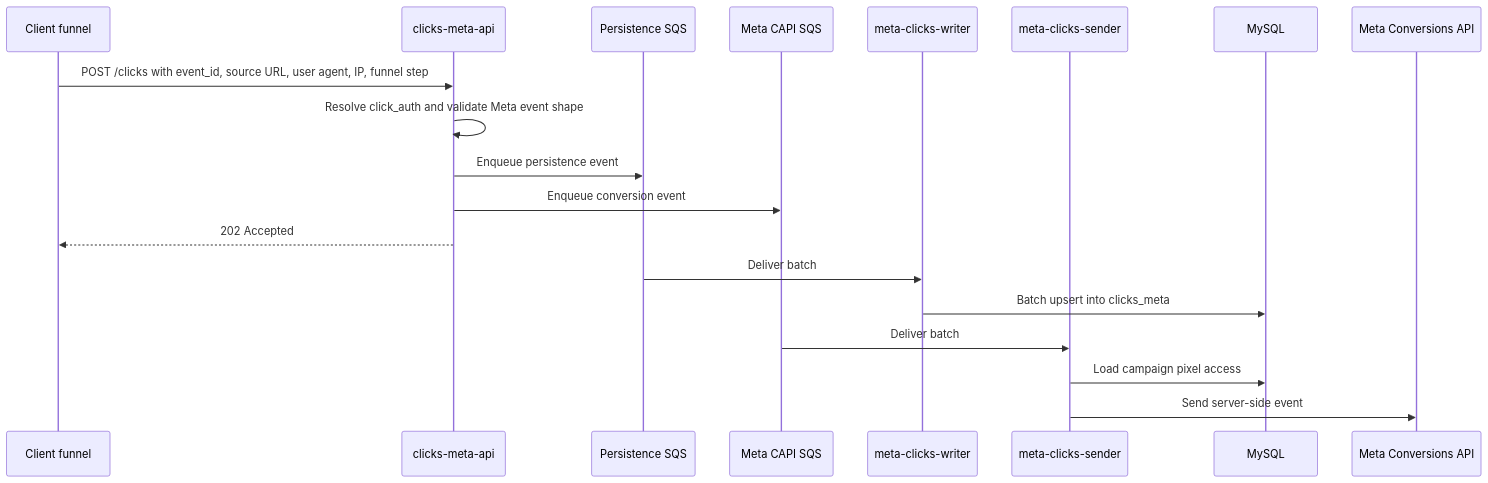
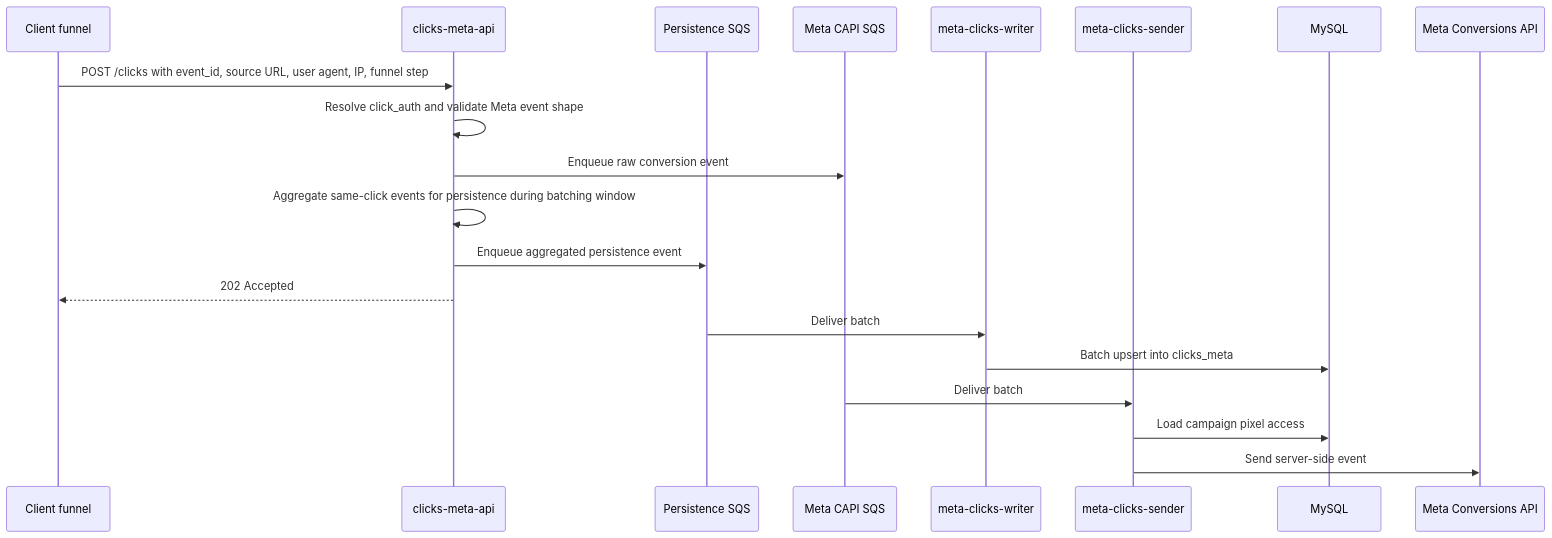
The third of 3 diagrams in README.md (FCRez95/oracclum), drawn with Mermaid before and after one commit. The commit also changed other lines of this file, not shown here.

````diff
--- a/README.md
+++ b/README.md
@@ -114,22 +115,23 @@
 ```mermaid
 sequenceDiagram
     participant Campaign as Client funnel
     participant API as clicks-meta-api
     participant DBQueue as Persistence SQS
     participant CAPIQueue as Meta CAPI SQS
     participant Writer as meta-clicks-writer
     participant Sender as meta-clicks-sender
     participant DB as MySQL
     participant Meta as Meta Conversions API
 
     Campaign->>API: POST /clicks with event_id, source URL, user agent, IP, funnel step
     API->>API: Resolve click_auth and validate Meta event shape
-    API->>DBQueue: Enqueue persistence event
-    API->>CAPIQueue: Enqueue conversion event
+    API->>CAPIQueue: Enqueue raw conversion event
+    API->>API: Aggregate same-click events for persistence during batching window
+    API->>DBQueue: Enqueue aggregated persistence event
     API-->>Campaign: 202 Accepted
     DBQueue->>Writer: Deliver batch
     Writer->>DB: Batch upsert into clicks_meta
     CAPIQueue->>Sender: Deliver batch
     Sender->>DB: Load campaign pixel access
     Sender->>Meta: Send server-side event
 ```
````
